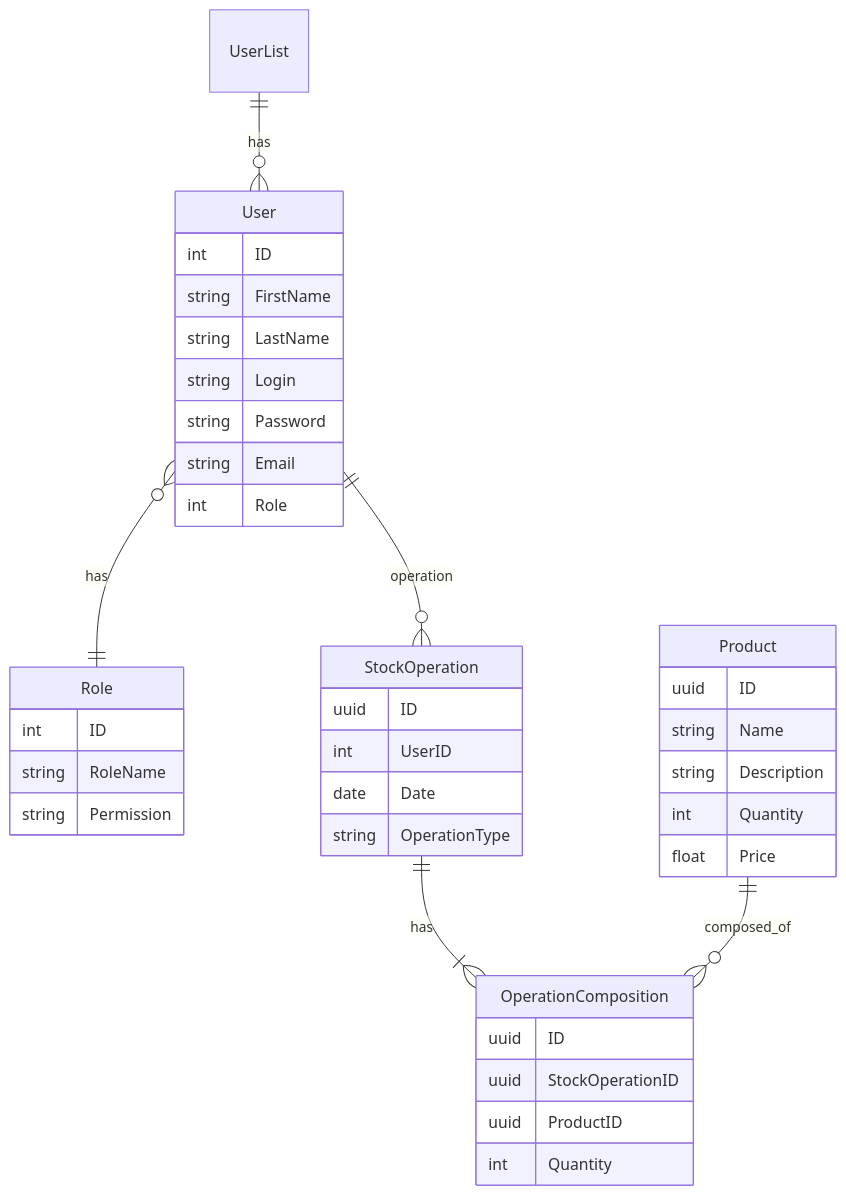
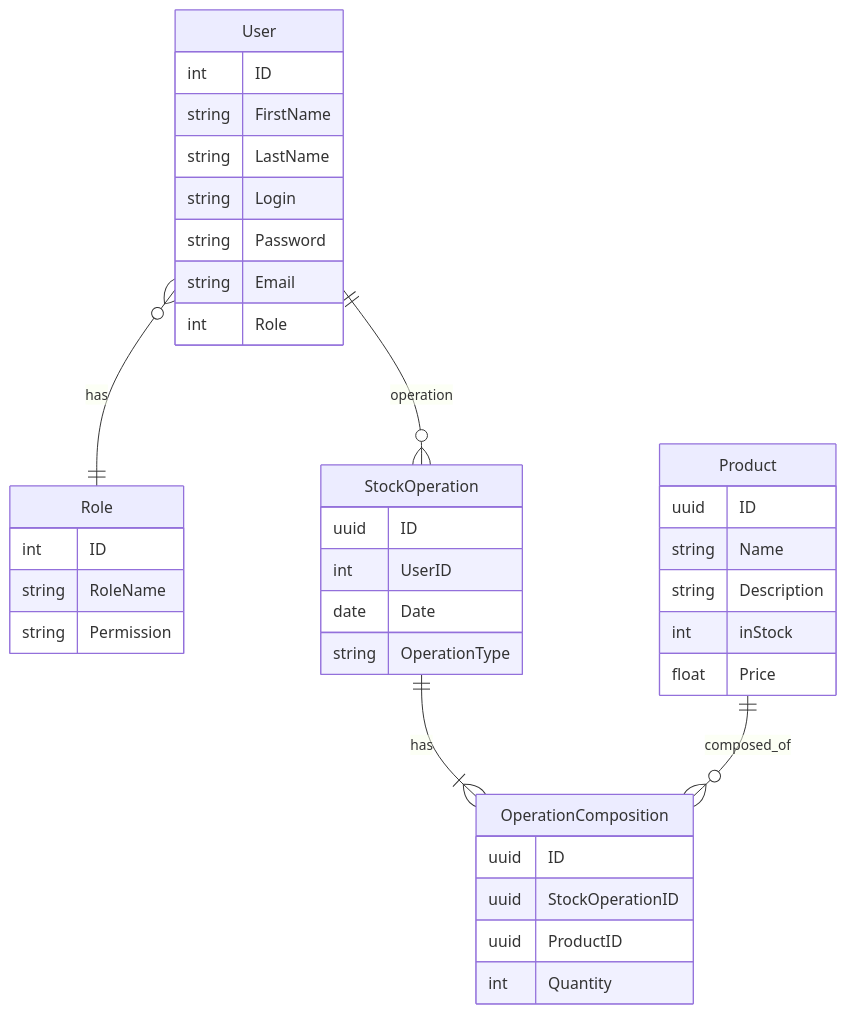
One commit to PortnovAlex80/node_js_pro changed the diagram in api-warehouse/DraftReadme.md. Above: the diagram before and after it, drawn with Mermaid.

````diff
--- a/api-warehouse/DraftReadme.md
+++ b/api-warehouse/DraftReadme.md
@@ -3,48 +3,47 @@
 ```mermaid
 erDiagram
-    UserList ||--o{ User : has
+
     User }o--|| Role : has
         
     User {
         int ID
         string FirstName
         string LastName
         string Login
         string Password
         string Email
         int Role
     }
     
     Role {
         int ID
         string RoleName
         string Permission
     }
     
     User ||--o{ StockOperation : operation	  
     StockOperation ||--|{ OperationComposition : has
     Product ||--o{ OperationComposition : composed_of
     
     StockOperation {
         uuid ID
         int UserID
         date Date
         string OperationType
     }
     
     Product {
         uuid ID
         string Name
         string Description
-        int Quantity
+        int inStock
         float Price
     }
     
     OperationComposition {
         uuid ID
         uuid StockOperationID
         uuid ProductID
         int Quantity
     }
-
 ```
````
